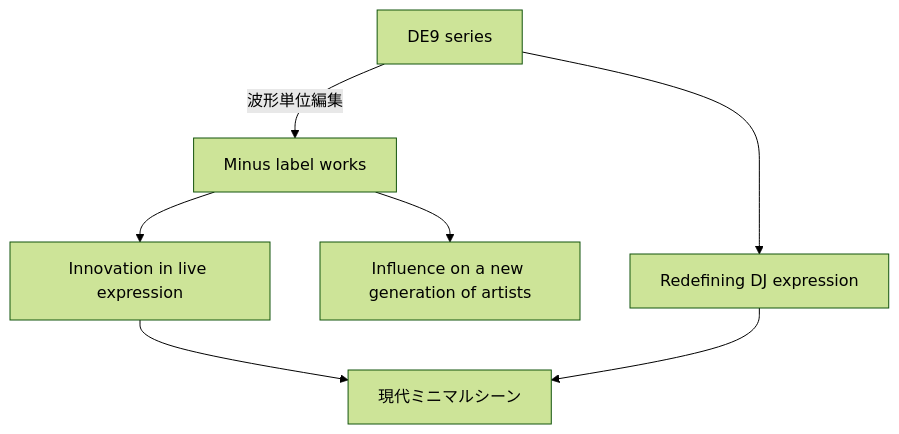
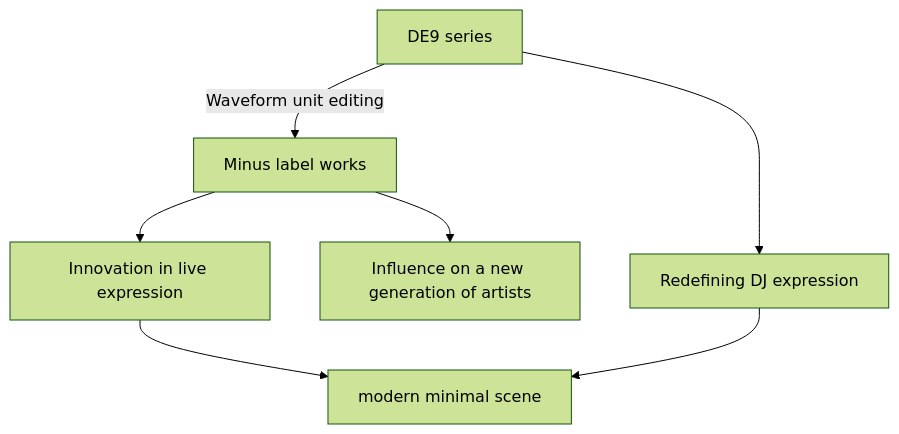
Before and after one commit to monumental-movement/monumental-movement.github.io: the seventh of 7 diagrams in en/_posts/2025-10-24-column-plastikman-richie-hawtin.md, drawn with Mermaid (forest theme). The commit also changed other lines of this file and 851 other files, not shown here.

```diff
--- a/en/_posts/2025-10-24-column-plastikman-richie-hawtin.md
+++ b/en/_posts/2025-10-24-column-plastikman-richie-hawtin.md
@@ -315,11 +315,11 @@
 <div class="mermaid">
 
 flowchart TD
-    A[DE9 series] -->|波形単位編集| B[Minus label works]
+    A[DE9 series] -->|Waveform unit editing| B[Minus label works]
     B --> C[Innovation in live expression]
-    C --> D[現代ミニマルシーン]
+    C --> D[modern minimal scene]
     B --> E[Influence on a new generation of artists]
     A --> F[Redefining DJ expression]
     F --> D
 
 </div>
```
